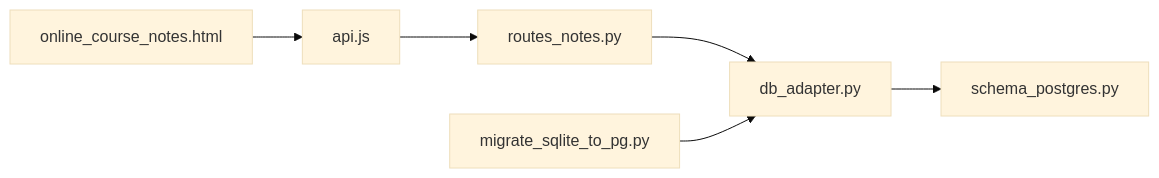
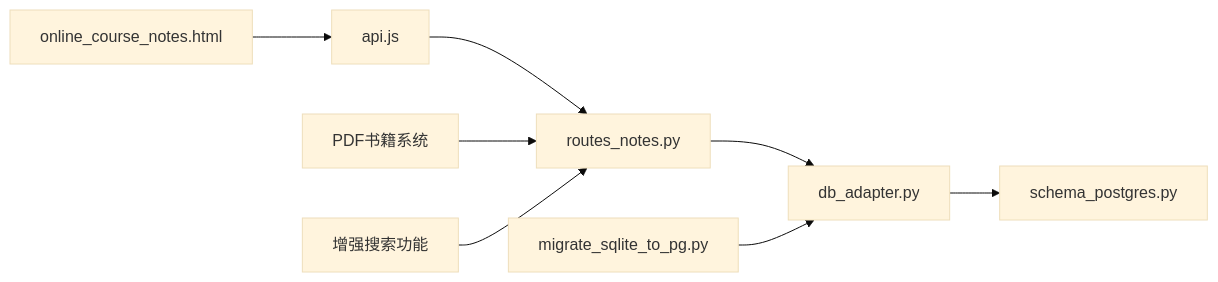
One commit to abokyoy/LectureLearnLoop changed diagram 12 of 12 in .qoder/repowiki/zh/content/后端架构/路由设计/笔记管理路由.md. Above: the diagram before and after it, drawn with Mermaid (base theme). The commit also changed other lines of this file and 91 other files, not shown here.

````diff
--- a/.qoder/repowiki/zh/content/后端架构/路由设计/笔记管理路由.md
+++ b/.qoder/repowiki/zh/content/后端架构/路由设计/笔记管理路由.md
@@ -477,8 +523,10 @@
 ```mermaid
 graph LR
 Routes["routes_notes.py"] --> Adapter["db_adapter.py"]
 Adapter --> Schema["schema_postgres.py"]
 Frontend["api.js"] --> Routes
 Templates["online_course_notes.html"] --> Frontend
 Tools["migrate_sqlite_to_pg.py"] --> Adapter
+PDFSystem["PDF书籍系统"] --> Routes
+EnhancedSearch["增强搜索功能"] --> Routes
 ```
````
